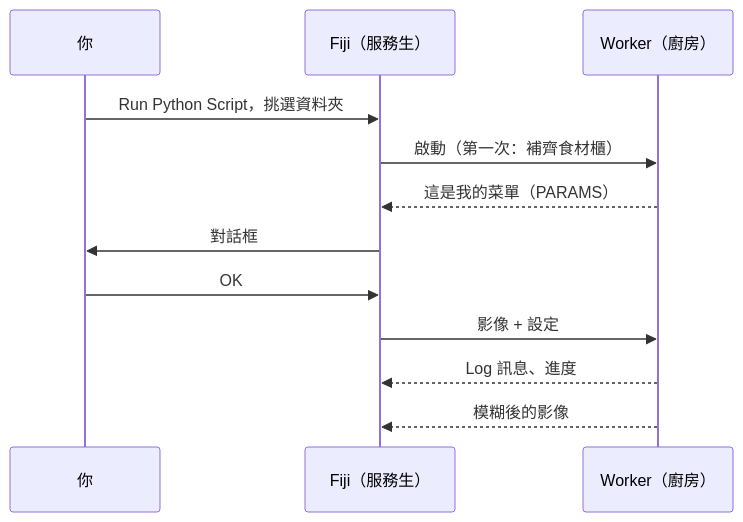
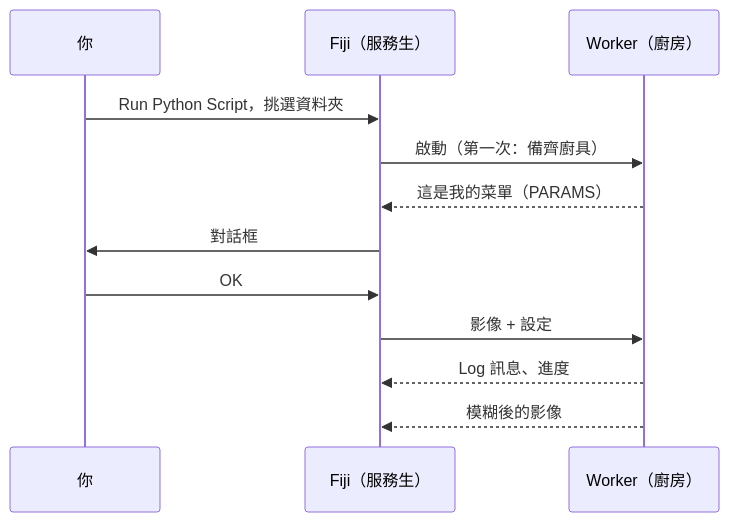
The diagram in guide/fiji/first-run.zh-Hant.md (Oxford-Zeiss-Centre-of-Excellence/Wavu), drawn with Mermaid before and after one commit. The commit also changed other lines of this file and 221 other files, not shown here.

````diff
--- a/guide/fiji/first-run.zh-Hant.md
+++ b/guide/fiji/first-run.zh-Hant.md
@@ -9,14 +9,14 @@
 ```mermaid
 sequenceDiagram
     participant You as 你
     participant Fiji as Fiji（服務生）
     participant W as Worker（廚房）
     You->>Fiji: Run Python Script，挑選資料夾
-    Fiji->>W: 啟動（第一次：補齊食材櫃）
+    Fiji->>W: 啟動（第一次：備齊廚具）
     W-->>Fiji: 這是我的菜單（PARAMS）
     Fiji->>You: 對話框
     You->>Fiji: OK
     Fiji->>W: 影像 + 設定
     W-->>Fiji: Log 訊息、進度
     W-->>Fiji: 模糊後的影像
 ```
````
